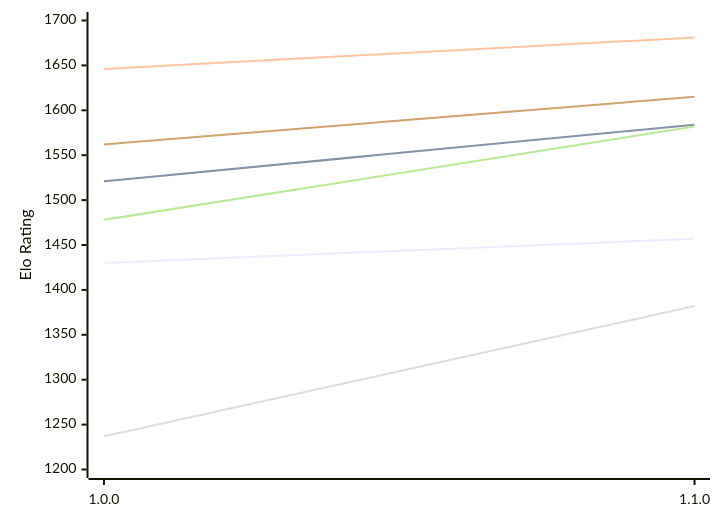
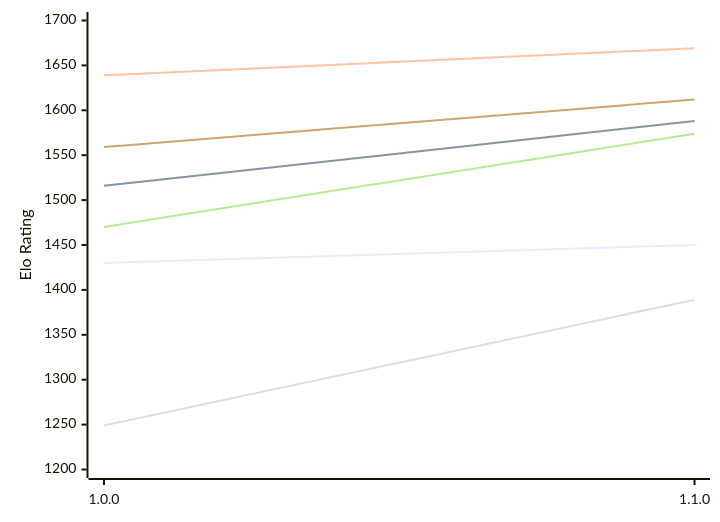
One commit to computer-chess-index/cci changed the diagram in engines/Klak.md. Above: the diagram before and after it, drawn with Mermaid. The commit also changed other lines of this file, not shown here.

Commit message:
Update CCI Ratings (ELO VLTC) - 2026-11-14

````diff
--- a/engines/Klak.md
+++ b/engines/Klak.md
@@ -49,12 +49,12 @@
 ```mermaid
 %%{init: {"theme":"base","themeVariables":{"seriesColors:['#a3a3a3','#222221','#faa371']}}}%%
 xychart-beta
   x-axis ["1.0.0", "1.1.0"]
   y-axis "Elo Rating" 1200 --> 1700
-  line "E1: STC (8.0+0.08s)" [1430, 1457]
-  line "E1: LTC (60.0+0.60s)" [1521, 1584]
-  line "E1: VLTC (2m24s+1.12s)" [1646, 1681]
-  line "P1: STC (8.0+0.08s)" [1237, 1382]
-  line "P1: LTC (60.0+0.60s)" [1478, 1582]
-  line "P1: VLTC (2m24s+1.12s)" [1562, 1615]
+  line "E1: STC (8.0+0.08s)" [1430, 1450]
+  line "E1: LTC (60.0+0.60s)" [1516, 1588]
+  line "E1: VLTC (2m24s+1.12s)" [1639, 1669]
+  line "P1: STC (8.0+0.08s)" [1249, 1389]
+  line "P1: LTC (60.0+0.60s)" [1470, 1574]
+  line "P1: VLTC (2m24s+1.12s)" [1559, 1612]
 ```
````
